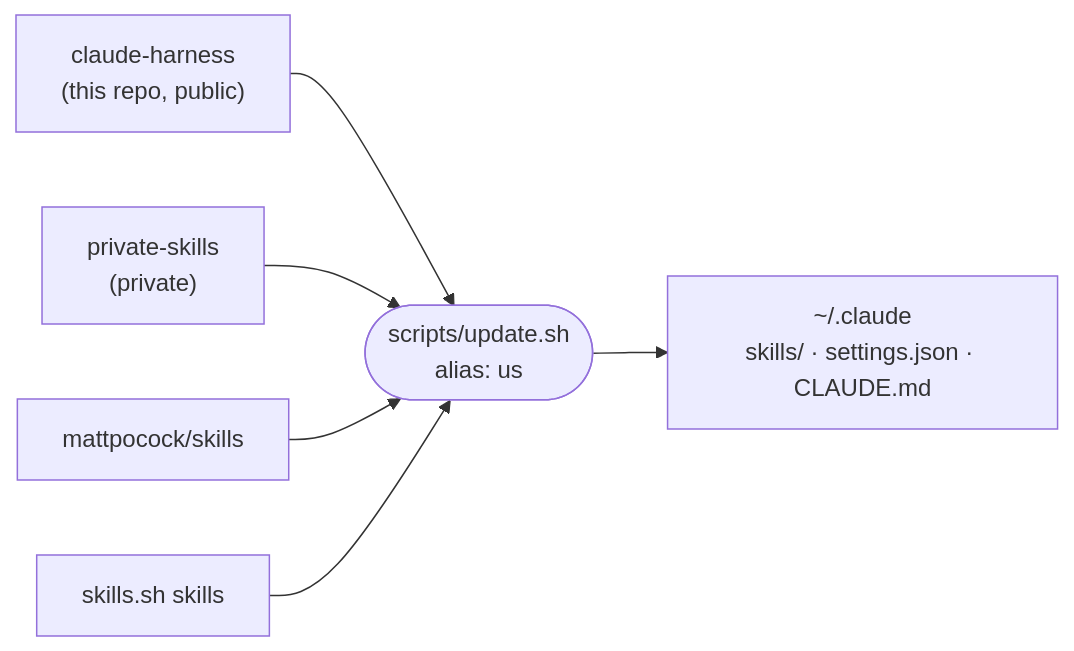
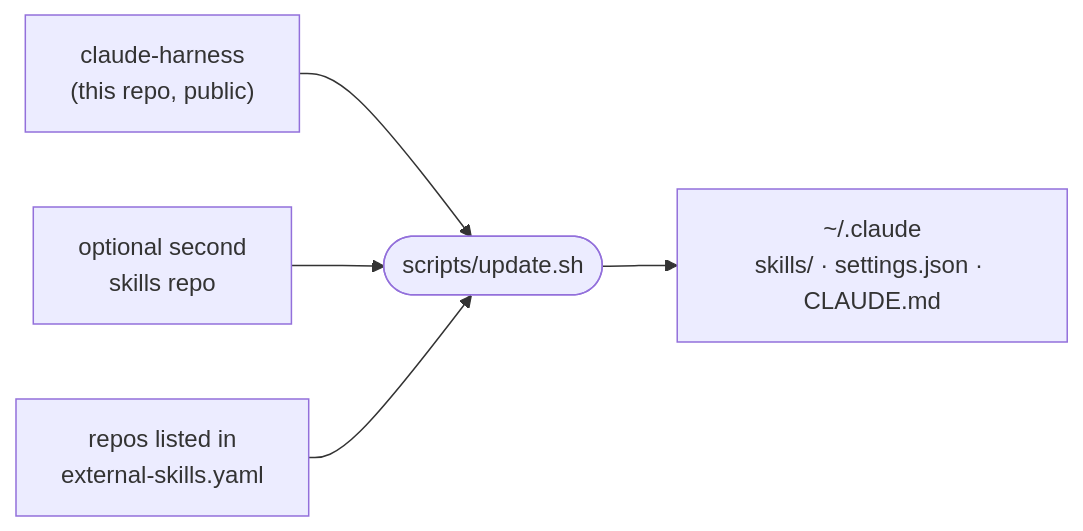
The diagram in README.md (araltiparmak/claude-harness), drawn with Mermaid before and after one commit. The commit also changed other lines of this file and 52 other files, not shown here.

````diff
--- a/README.md
+++ b/README.md
@@ -9,14 +9,12 @@
 ```mermaid
 flowchart LR
   H["claude-harness<br/>(this repo, public)"]
-  P["private-skills<br/>(private)"]
-  M["mattpocock/skills"]
-  S["skills.sh skills"]
-  U(["scripts/update.sh<br/>alias: us"])
+  P["optional second<br/>skills repo"]
+  S["repos listed in<br/>external-skills.yaml"]
+  U(["scripts/update.sh"])
   C["~/.claude<br/>skills/ · settings.json · CLAUDE.md"]
   H --> U
   P --> U
-  M --> U
   S --> U
   U --> C
 ```
````
